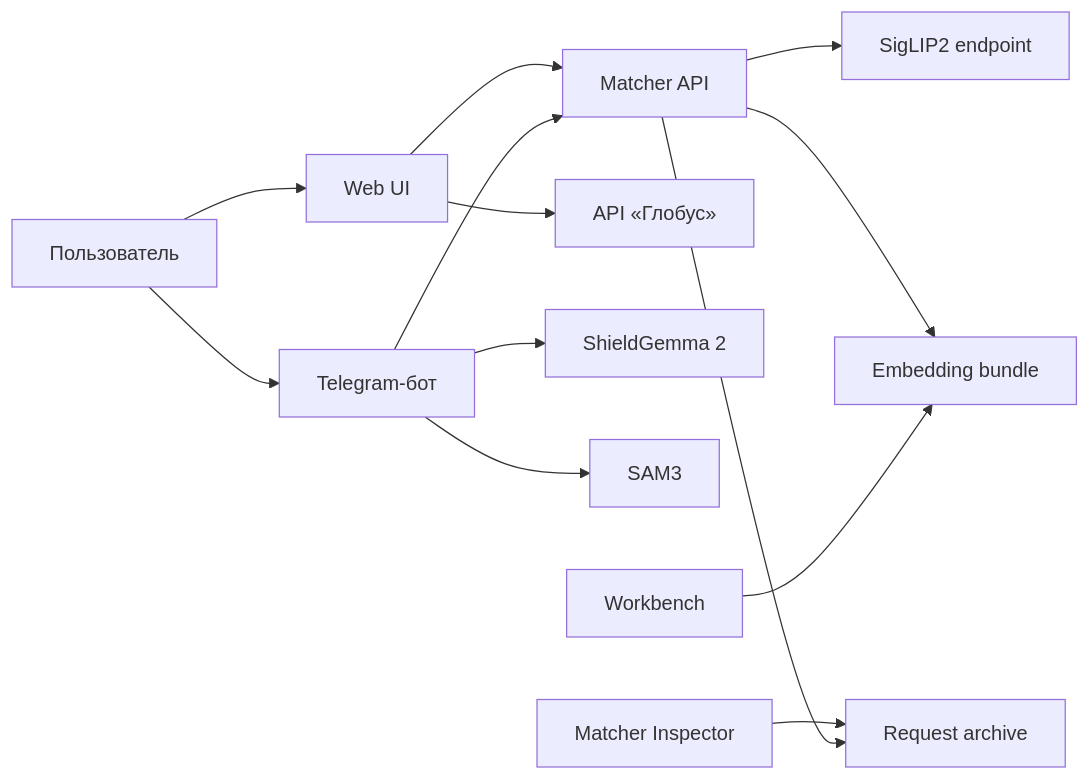
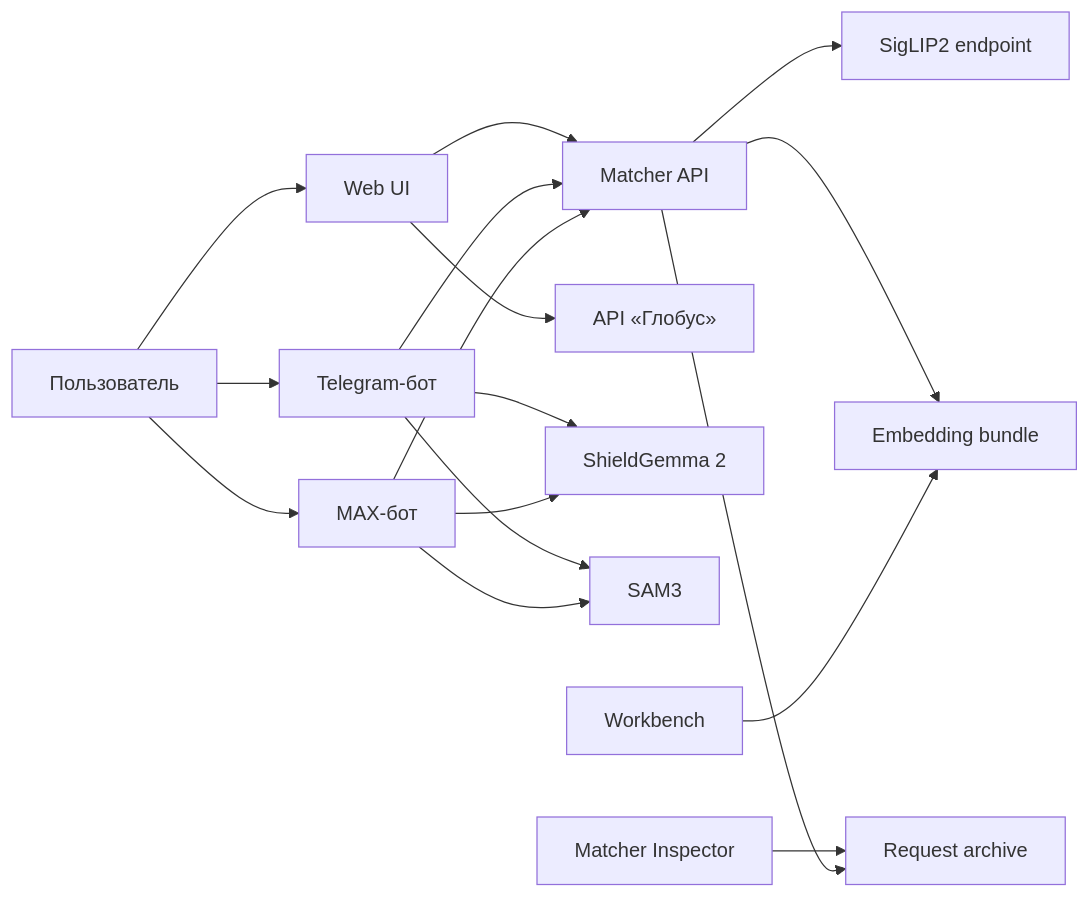
Before and after one commit to s1mb1o/svoe-vino-lab-dev: the diagram in ARCHITECTURE.md, drawn with Mermaid. The commit also changed other lines of this file and 3 other files, not shown here.

````diff
--- a/ARCHITECTURE.md
+++ b/ARCHITECTURE.md
@@ -5,15 +5,19 @@
 ```mermaid
 flowchart LR
     U[Пользователь] --> W[Web UI]
     U --> T[Telegram-бот]
+    U --> X[MAX-бот]
     W --> M[Matcher API]
     W --> G[API «Глобус»]
     T --> S[ShieldGemma 2]
     T --> A[SAM3]
     T --> M
+    X --> S
+    X --> A
+    X --> M
     M --> E[SigLIP2 endpoint]
     M --> B[Embedding bundle]
     L[Workbench] --> B
     I[Matcher Inspector] --> R[Request archive]
     M --> R
 ```
````
